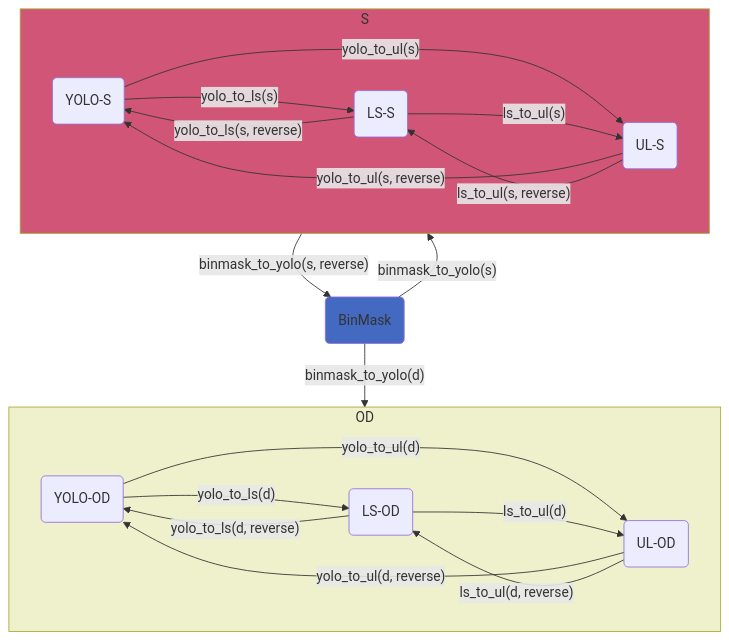
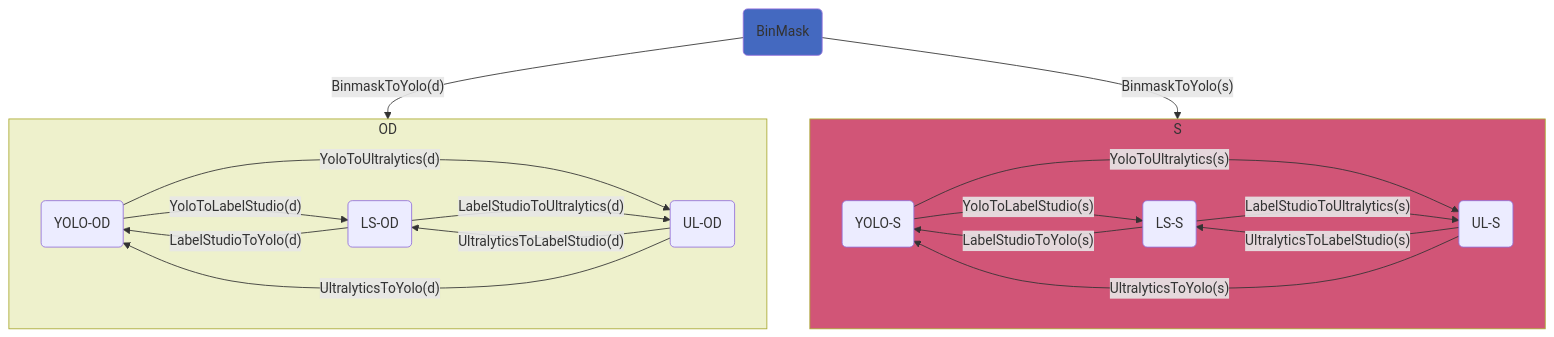
The diagram in README.md (ispstiima/AgribotTools), drawn with Mermaid before and after one commit. The commit also changed other lines of this file and 32 other files, not shown here.

````diff
--- a/README.md
+++ b/README.md
@@ -41,27 +54,27 @@
 ```mermaid
 flowchart TB
     subgraph S
         direction LR
-        YOLOS(YOLO-S) -- "yolo_to_ls(s)" --> LSS(LS-S)
-        LSS -- "yolo_to_ls(s, reverse)" --> YOLOS
-        YOLOS -- "yolo_to_ul(s)" --> ULS(UL-S)
-        ULS -- "yolo_to_ul(s, reverse)" --> YOLOS
-        LSS -- "ls_to_ul(s)" --> ULS
-        ULS -- "ls_to_ul(s, reverse)" --> LSS
+        YOLOS(YOLO-S) -- "YoloToLabelStudio(s)" --> LSS(LS-S)
+        LSS -- "LabelStudioToYolo(s)" --> YOLOS
+        YOLOS -- "YoloToUltralytics(s)" --> ULS(UL-S)
+        ULS -- "UltralyticsToLabelStudio(s)" --> LSS
+        ULS -- "UltralyticsToYolo(s)" --> YOLOS
+        LSS -- "LabelStudioToUltralytics(s)" --> ULS
     end
     subgraph OD
         direction LR
-        YOLOD(YOLO-OD) -- "yolo_to_ls(d)" --> LSD(LS-OD)
-        LSD -- "yolo_to_ls(d, reverse)" --> YOLOD
-        YOLOD -- "yolo_to_ul(d)" --> ULD(UL-OD)
-        ULD -- "yolo_to_ul(d, reverse)" --> YOLOD
-        LSD -- "ls_to_ul(d)" --> ULD
-        ULD -- "ls_to_ul(d, reverse)" --> LSD
+        YOLOD(YOLO-OD) -- "YoloToLabelStudio(d)" --> LSD(LS-OD)
+        LSD -- "LabelStudioToYolo(d)" --> YOLOD
+        YOLOD -- "YoloToUltralytics(d)" --> ULD(UL-OD)
+        ULD -- "UltralyticsToLabelStudio(d)" --> LSD
+        ULD -- "UltralyticsToYolo(d)" --> YOLOD
+        LSD -- "LabelStudioToUltralytics(d)" --> ULD
     end
-    BM(BinMask) -- "binmask_to_yolo(s)" --> YOLOS
-    BM -- "binmask_to_yolo(d)" --> YOLOD
-    YOLOS -- "binmask_to_yolo(s, reverse)" --> BM
+    BM(BinMask) -- "BinmaskToYolo(s)" --> YOLOS
+    BM -- "BinmaskToYolo(d)" --> YOLOD
+
     style BM fill:#03ab
     style S fill:#b03a
     style OD fill:#ab03
 ```
````
